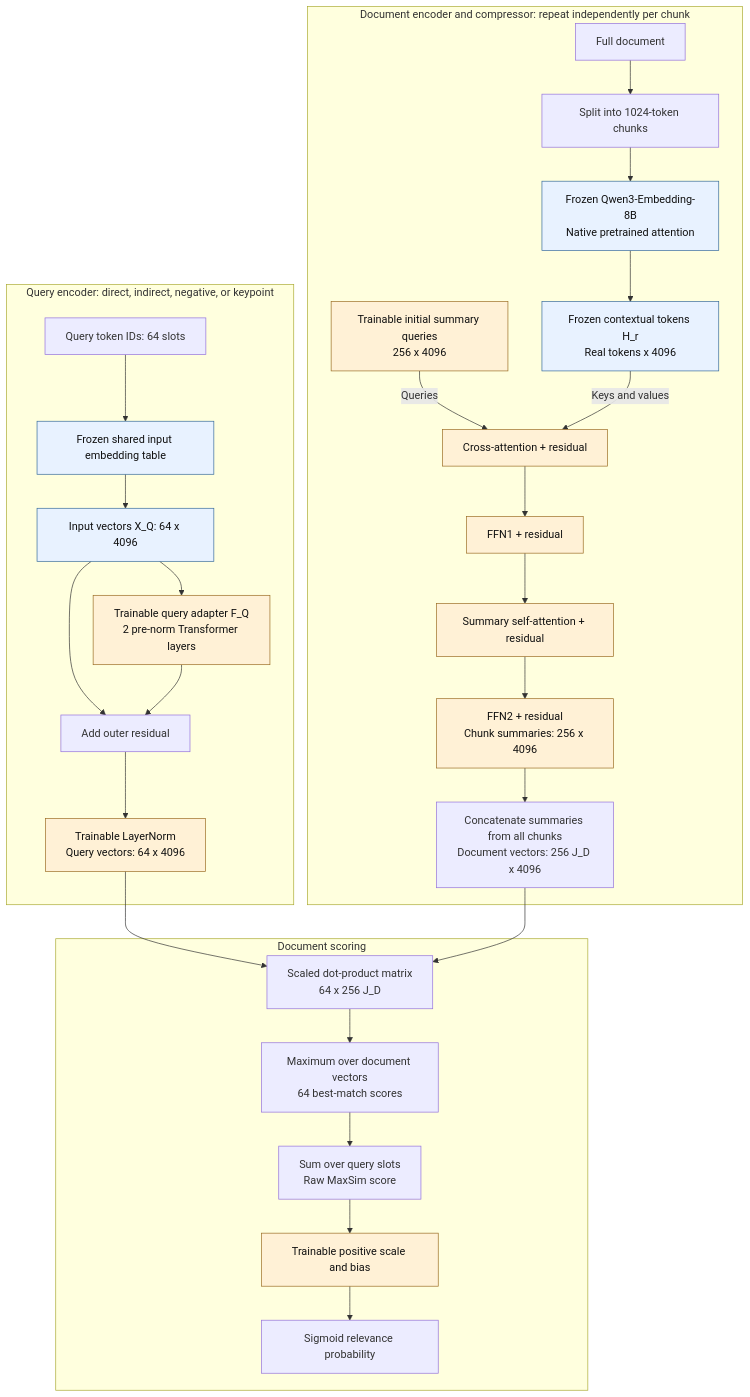
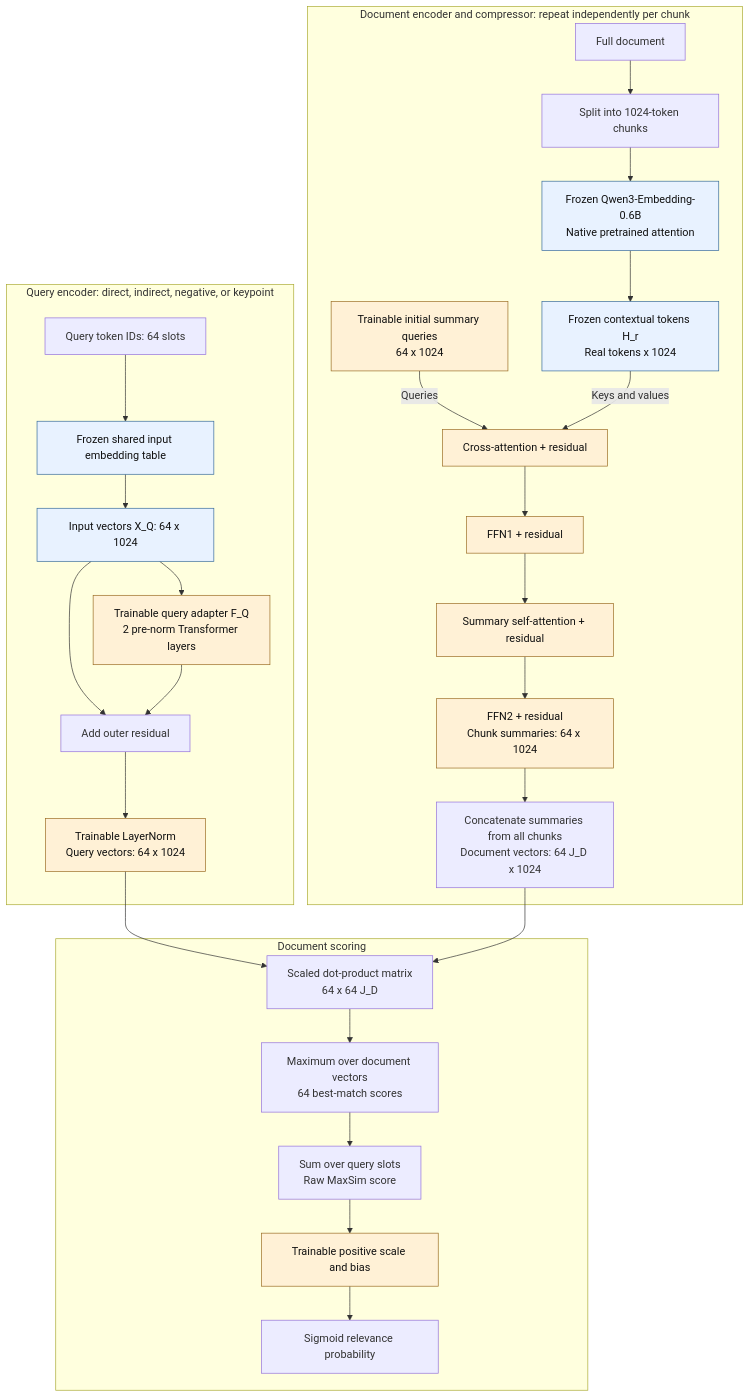
Before and after one commit to NgOchOcc/reranking: the diagram in docs/compression.md, drawn with Mermaid. The commit also changed other lines of this file and 3 other files, not shown here.

````diff
--- a/docs/compression.md
+++ b/docs/compression.md
@@ -64,37 +64,37 @@
 ```mermaid
 flowchart TB
     subgraph QUERY["Query encoder: direct, indirect, negative, or keypoint"]
         QID["Query token IDs: 64 slots"] --> EMB["Frozen shared input embedding table"]
-        EMB --> XQ["Input vectors X_Q: 64 x 4096"]
+        EMB --> XQ["Input vectors X_Q: 64 x 1024"]
         XQ --> FQ["Trainable query adapter F_Q<br/>2 pre-norm Transformer layers"]
         XQ --> ADD["Add outer residual"]
         FQ --> ADD
-        ADD --> QLN["Trainable LayerNorm<br/>Query vectors: 64 x 4096"]
+        ADD --> QLN["Trainable LayerNorm<br/>Query vectors: 64 x 1024"]
     end
 
     subgraph DOC["Document encoder and compressor: repeat independently per chunk"]
         D["Full document"] --> CH["Split into 1024-token chunks"]
-        CH --> ENC["Frozen Qwen3-Embedding-8B<br/>Native pretrained attention"]
-        ENC --> H["Frozen contextual tokens H_r<br/>Real tokens x 4096"]
-        Z["Trainable initial summary queries<br/>256 x 4096"] -->|Queries| CA["Cross-attention + residual"]
+        CH --> ENC["Frozen Qwen3-Embedding-0.6B<br/>Native pretrained attention"]
+        ENC --> H["Frozen contextual tokens H_r<br/>Real tokens x 1024"]
+        Z["Trainable initial summary queries<br/>64 x 1024"] -->|Queries| CA["Cross-attention + residual"]
         H -->|Keys and values| CA
         CA --> FF1["FFN1 + residual"]
         FF1 --> SA["Summary self-attention + residual"]
-        SA --> FF2["FFN2 + residual<br/>Chunk summaries: 256 x 4096"]
-        FF2 --> CAT["Concatenate summaries from all chunks<br/>Document vectors: 256 J_D x 4096"]
+        SA --> FF2["FFN2 + residual<br/>Chunk summaries: 64 x 1024"]
+        FF2 --> CAT["Concatenate summaries from all chunks<br/>Document vectors: 64 J_D x 1024"]
     end
 
     subgraph SCORE["Document scoring"]
-        DOT["Scaled dot-product matrix<br/>64 x 256 J_D"] --> MAX["Maximum over document vectors<br/>64 best-match scores"]
+        DOT["Scaled dot-product matrix<br/>64 x 64 J_D"] --> MAX["Maximum over document vectors<br/>64 best-match scores"]
         MAX --> SUM["Sum over query slots<br/>Raw MaxSim score"]
         SUM --> CAL["Trainable positive scale and bias"]
         CAL --> P["Sigmoid relevance probability"]
     end
 
     QLN --> DOT
     CAT --> DOT
     classDef frozen fill:#e8f2ff,stroke:#34699a,color:#111;
     classDef trainable fill:#fff1d6,stroke:#9a6b22,color:#111;
     class EMB,XQ,ENC,H frozen;
     class FQ,QLN,Z,CA,FF1,SA,FF2,CAL trainable;
 ```
````
